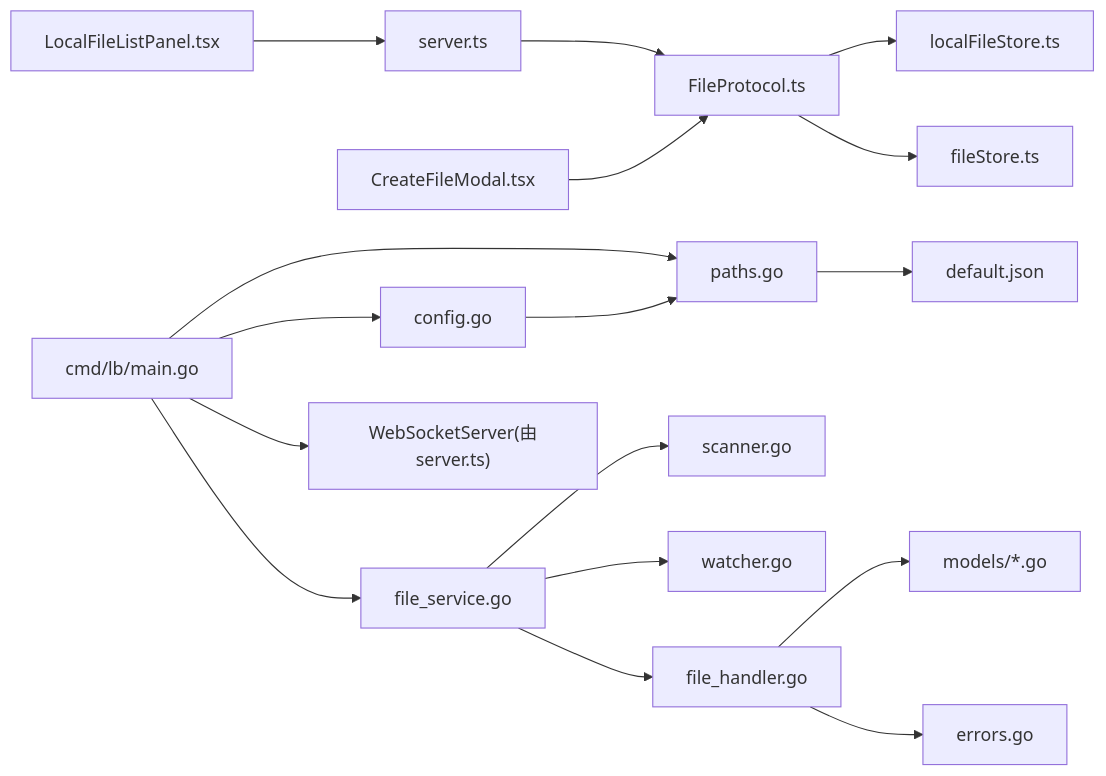
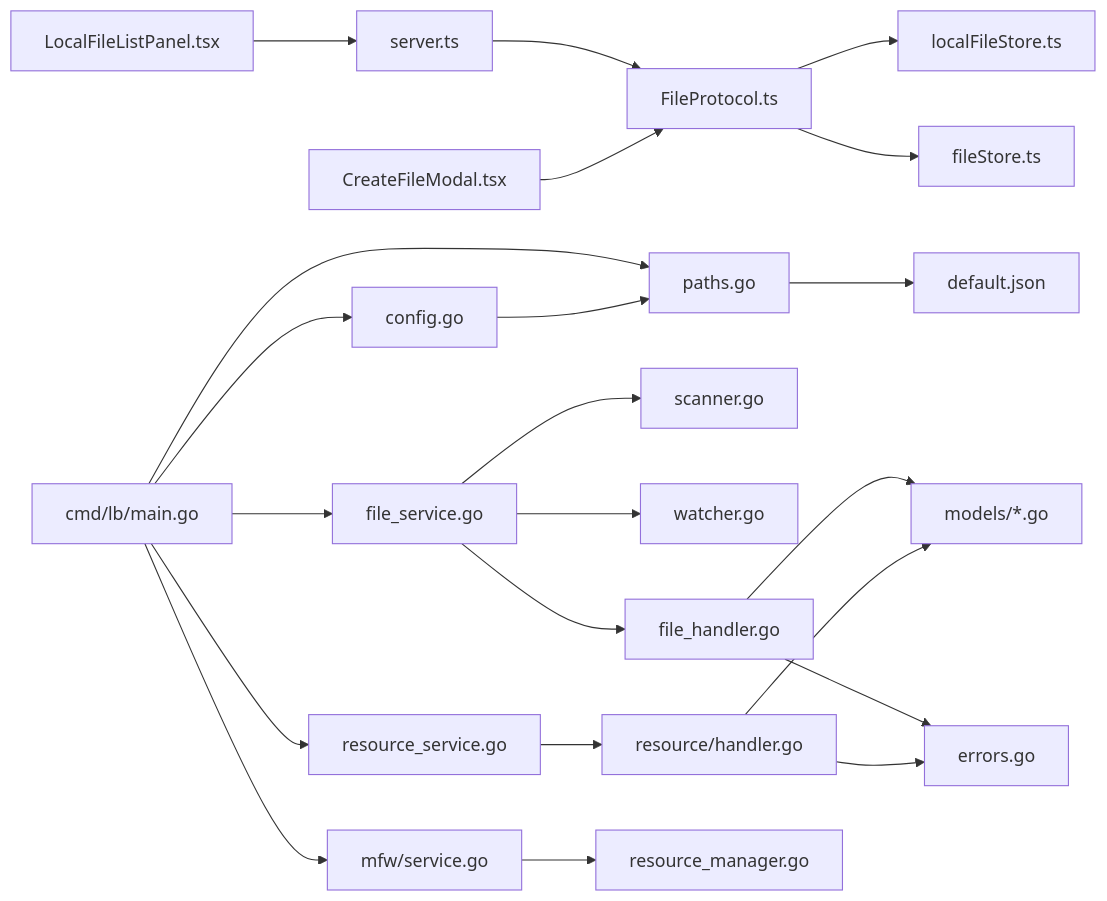
Before and after one commit to kqcoxn/MaaPipelineEditor: the third of 3 diagrams in .qoder/repowiki/zh/content/核心概念/本地文件管理.md, drawn with Mermaid. The commit also changed other lines of this file and 10 other files, not shown here.

````diff
--- a/.qoder/repowiki/zh/content/核心概念/本地文件管理.md
+++ b/.qoder/repowiki/zh/content/核心概念/本地文件管理.md
@@ -393,19 +450,24 @@
 ```mermaid
 graph LR
 FE_Server["server.ts"] --> FE_Protocol["FileProtocol.ts"]
 FE_Protocol --> FE_LocalStore["localFileStore.ts"]
 FE_Protocol --> FE_FileStore["fileStore.ts"]
 FE_ListPanel["LocalFileListPanel.tsx"] --> FE_Server
 FE_CreateModal["CreateFileModal.tsx"] --> FE_Protocol
 LB_Main["cmd/lb/main.go"] --> LB_Config["config.go"]
 LB_Main --> LB_Paths["paths.go"]
 LB_Main --> LB_FileSvc["file_service.go"]
-LB_Main --> LB_WS["WebSocketServer(由server.ts)"]
+LB_Main --> LB_ResSvc["resource_service.go"]
+LB_Main --> LB_MFW["mfw/service.go"]
 LB_Paths --> LB_DefaultConfig["default.json"]
 LB_Config --> LB_Paths
 LB_FileSvc --> LB_Scanner["scanner.go"]
 LB_FileSvc --> LB_Watcher["watcher.go"]
-LB_FileSvc --> LB_Handler["file_handler.go"]
-LB_Handler --> LB_Models["models/*.go"]
-LB_Handler --> LB_Errors["errors.go"]
+LB_FileSvc --> LB_FileHandler["file_handler.go"]
+LB_ResSvc --> LB_ResHandler["resource/handler.go"]
+LB_MFW --> LB_RM["resource_manager.go"]
+LB_FileHandler --> LB_Models["models/*.go"]
+LB_ResHandler --> LB_Models
+LB_FileHandler --> LB_Errors["errors.go"]
+LB_ResHandler --> LB_Errors
 ```
````
